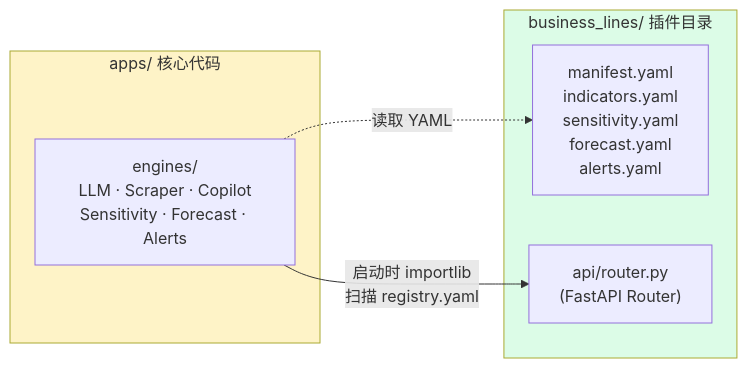
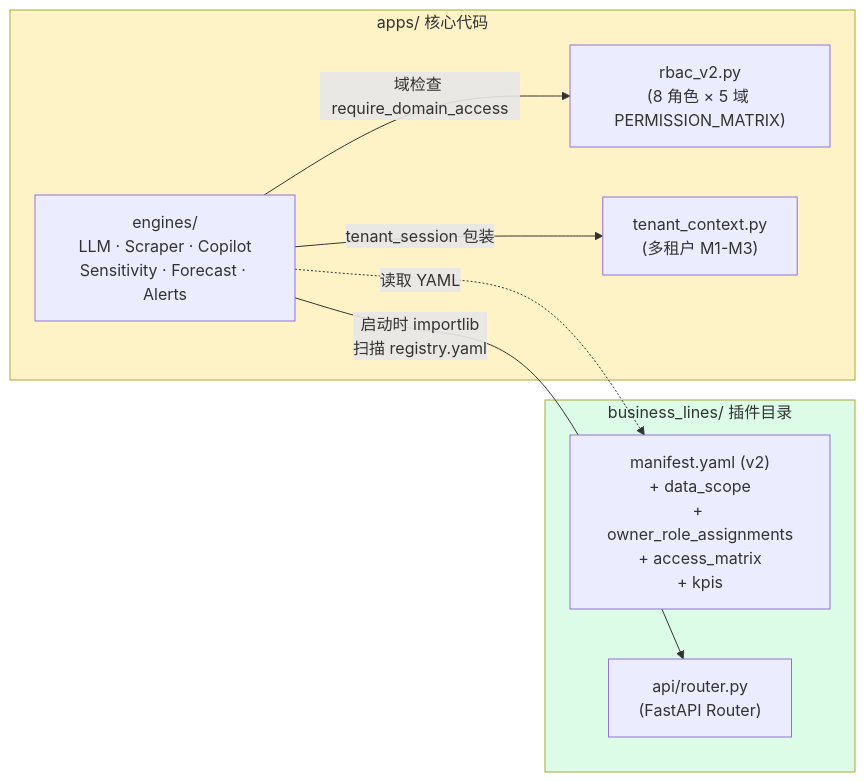
One commit to Njryadmin/biz-bp-portal changed the third of 3 diagrams in README.md. Above: the diagram before and after it, drawn with Mermaid. The commit also changed other lines of this file and 14 other files, not shown here.

````diff
--- a/README.md
+++ b/README.md
@@ -126,14 +141,18 @@
 ```mermaid
 flowchart LR
     subgraph CORE["apps/ 核心代码"]
         Engines["engines/<br/>LLM · Scraper · Copilot<br/>Sensitivity · Forecast · Alerts"]
+        RBAC2["rbac_v2.py<br/>(8 角色 × 5 域 PERMISSION_MATRIX)"]
+        Tenant2["tenant_context.py<br/>(多租户 M1-M3)"]
     end
     subgraph PLUGINS["business_lines/ 插件目录"]
-        Yaml["manifest.yaml<br/>indicators.yaml<br/>sensitivity.yaml<br/>forecast.yaml<br/>alerts.yaml"]
+        Yaml["manifest.yaml (v2)<br/>+ data_scope<br/>+ owner_role_assignments<br/>+ access_matrix<br/>+ kpis"]
         Router["api/router.py<br/>(FastAPI Router)"]
     end
     Engines -->|"启动时 importlib<br/>扫描 registry.yaml"| Router
     Engines -.读取 YAML.-> Yaml
+    Engines -->|"域检查 require_domain_access"| RBAC2
+    Engines -->|"tenant_session 包装"| Tenant2
     style CORE fill:#fef3c7
     style PLUGINS fill:#dcfce7
 ```
````
